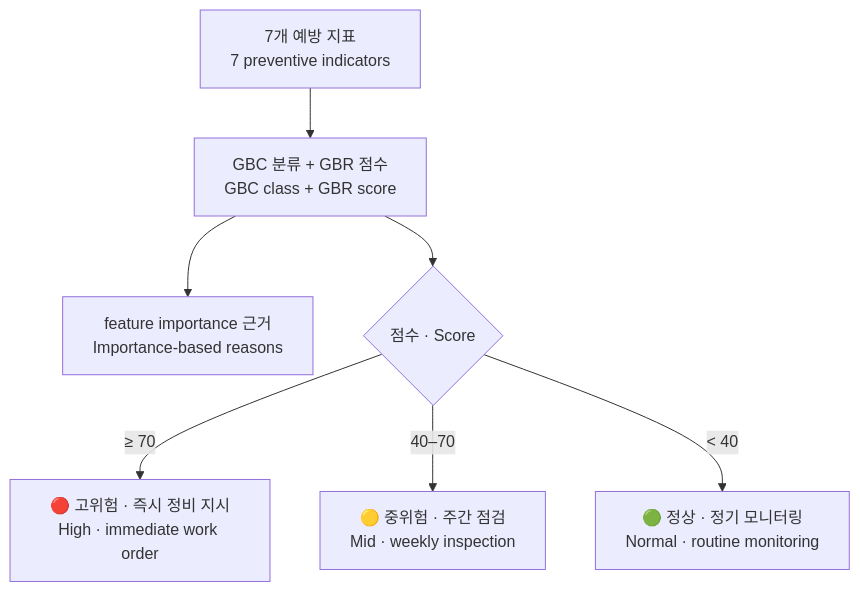
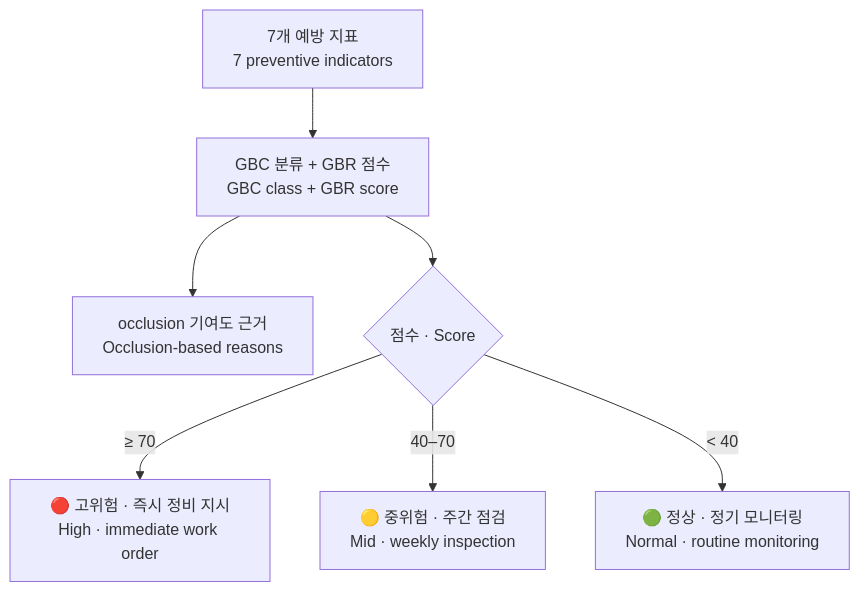
One commit to limpst/ax-sprint-prototype changed the seventh of 12 diagrams in README.md. Above: the diagram before and after it, drawn with Mermaid. The commit also changed other lines of this file and 6 other files, not shown here.

````diff
--- a/README.md
+++ b/README.md
@@ -312,9 +329,9 @@
 ```mermaid
 flowchart TD
     I["7개 예방 지표<br/>7 preventive indicators"] --> G["GBC 분류 + GBR 점수<br/>GBC class + GBR score"]
-    G --> X["feature importance 근거<br/>Importance-based reasons"]
+    G --> X["occlusion 기여도 근거<br/>Occlusion-based reasons"]
     G --> D{"점수 · Score"}
     D -- "≥ 70" --> H["🔴 고위험 · 즉시 정비 지시<br/>High · immediate work order"]
     D -- "40–70" --> M["🟡 중위험 · 주간 점검<br/>Mid · weekly inspection"]
     D -- "< 40" --> L["🟢 정상 · 정기 모니터링<br/>Normal · routine monitoring"]
 ```
````
